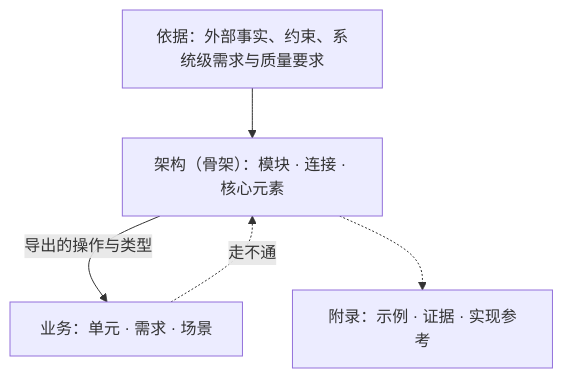
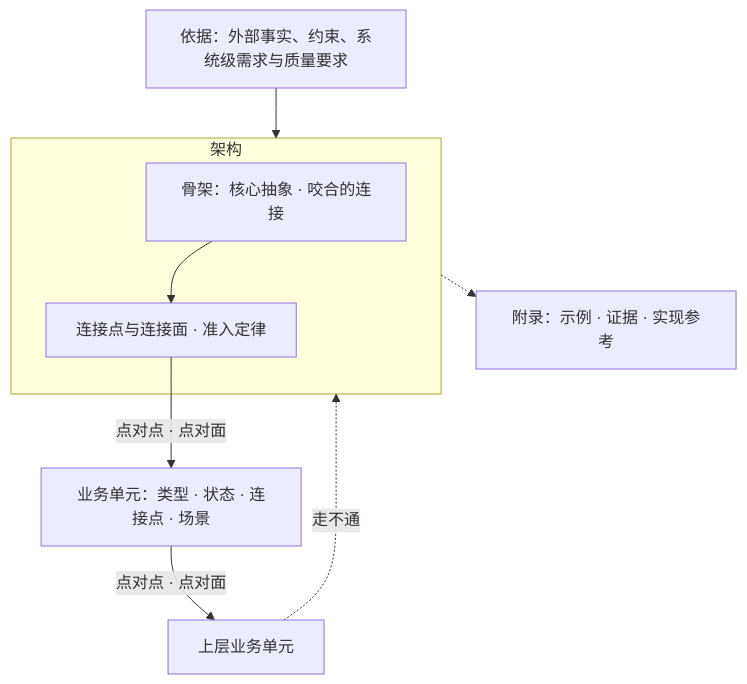
Before and after one commit to mouriya-s-lab/SSoT: the first of 3 diagrams in skills/software-design/SKILL.md, drawn with Mermaid. The commit also changed other lines of this file and 9 other files, not shown here.

First line of the commit message:
Separate skeleton from architecture; give business its own abstractions

````diff
--- a/skills/software-design/SKILL.md
+++ b/skills/software-design/SKILL.md
@@ -34,7 +35,11 @@
 ```mermaid
 flowchart TB
-    G["依据：外部事实、约束、系统级需求与质量要求"] --> A["架构（骨架）：模块 · 连接 · 核心元素"]
-    A -->|"导出的操作与类型"| B["业务：单元 · 需求 · 场景"]
-    B -.->|"走不通"| A
+    G["依据：外部事实、约束、系统级需求与质量要求"] --> A
+    subgraph A["架构"]
+        S["骨架：核心抽象 · 咬合的连接"] --> P["连接点与连接面 · 准入定律"]
+    end
+    P -->|"点对点 · 点对面"| B["业务单元：类型 · 状态 · 连接点 · 场景"]
+    B -->|"点对点 · 点对面"| U["上层业务单元"]
+    U -.->|"走不通"| A
     A -.-> X["附录：示例 · 证据 · 实现参考"]
 ```
````
